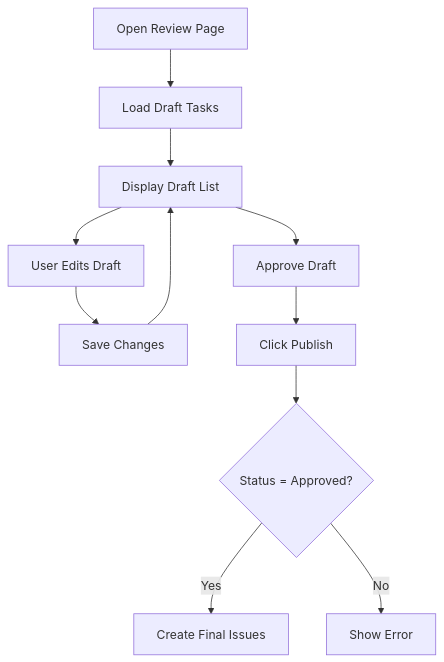
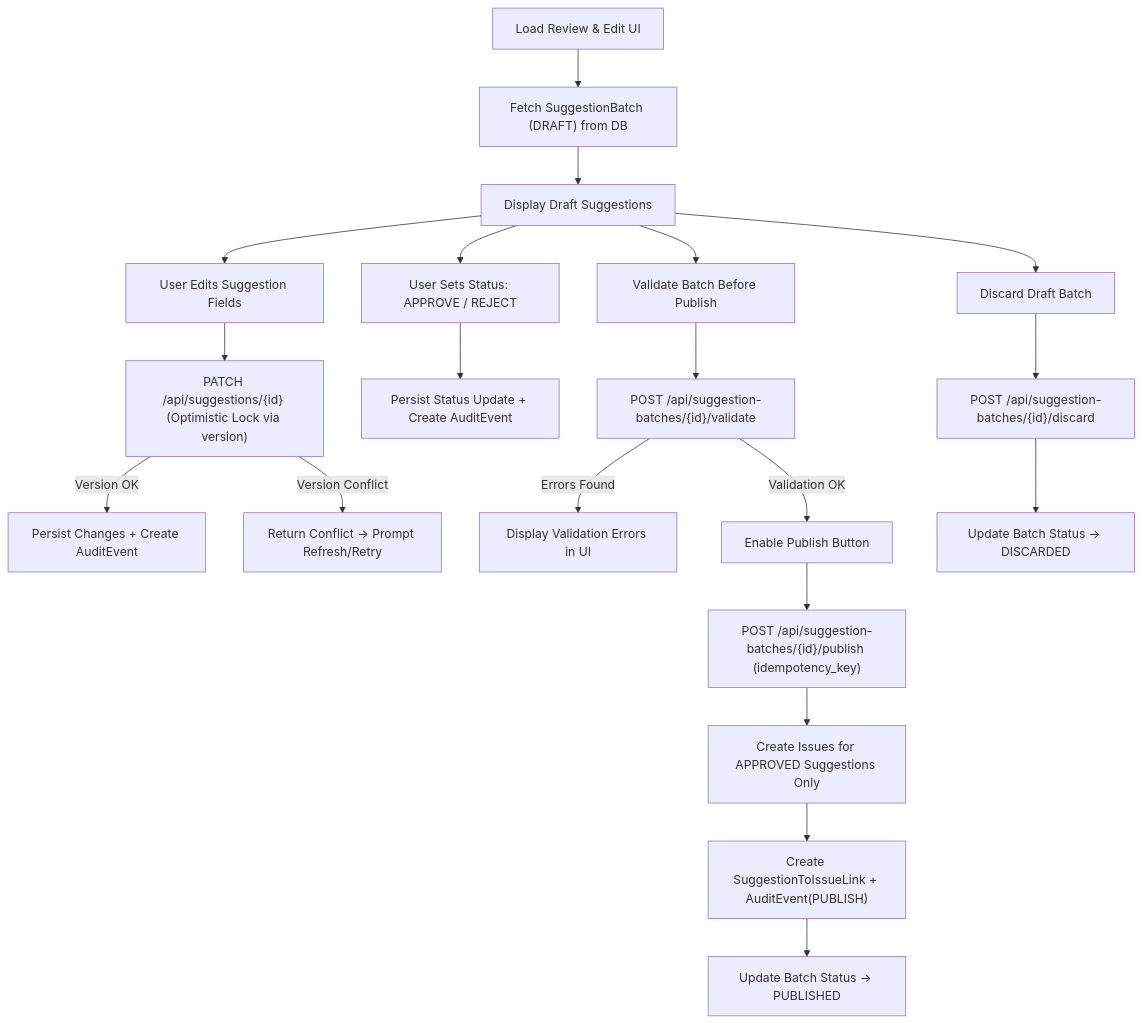
One commit to yousseam/CS485-P2 changed the fifth of 5 diagrams in Create dev-spec-3-ai-jira-issues.md. Above: the diagram before and after it, drawn with Mermaid. The commit also changed other lines of this file, not shown here.

Commit message:
Update Create dev-spec-3-ai-jira-issues.md

````diff
--- a/Create dev-spec-3-ai-jira-issues.md
+++ b/Create dev-spec-3-ai-jira-issues.md
@@ -175,15 +175,29 @@
 ```mermaid
 
 flowchart TD
-    A["Open Review Page"] --> B["Load Draft Tasks"]
-    B --> C["Display Draft List"]
-    C --> D["User Edits Draft"]
-    D --> E["Save Changes"]
-    E --> C
-    C --> F["Approve Draft"]
-    F --> G["Click Publish"]
-    G --> H{"Status = Approved?"}
-    H -->|Yes| I["Create Final Issues"]
-    H -->|No| J["Show Error"]
+    A["Load Review & Edit UI"] --> B["Fetch SuggestionBatch (DRAFT) from DB"]
+    B --> C["Display Draft Suggestions"]
+
+    C --> D["User Edits Suggestion Fields"]
+    D --> E["PATCH /api/suggestions/{id} (Optimistic Lock via version)"]
+    E -->|Version OK| F["Persist Changes + Create AuditEvent"]
+    E -->|Version Conflict| G["Return Conflict → Prompt Refresh/Retry"]
+
+    C --> H["User Sets Status: APPROVE / REJECT"]
+    H --> I["Persist Status Update + Create AuditEvent"]
+
+    C --> J["Validate Batch Before Publish"]
+    J --> K["POST /api/suggestion-batches/{id}/validate"]
+    K -->|Errors Found| L["Display Validation Errors in UI"]
+    K -->|Validation OK| M["Enable Publish Button"]
+
+    M --> N["POST /api/suggestion-batches/{id}/publish (idempotency_key)"]
+    N --> O["Create Issues for APPROVED Suggestions Only"]
+    O --> P["Create SuggestionToIssueLink + AuditEvent(PUBLISH)"]
+    P --> Q["Update Batch Status → PUBLISHED"]
+
+    C --> R["Discard Draft Batch"]
+    R --> S["POST /api/suggestion-batches/{id}/discard"]
+    S --> T["Update Batch Status → DISCARDED"]
 
 ```
````
